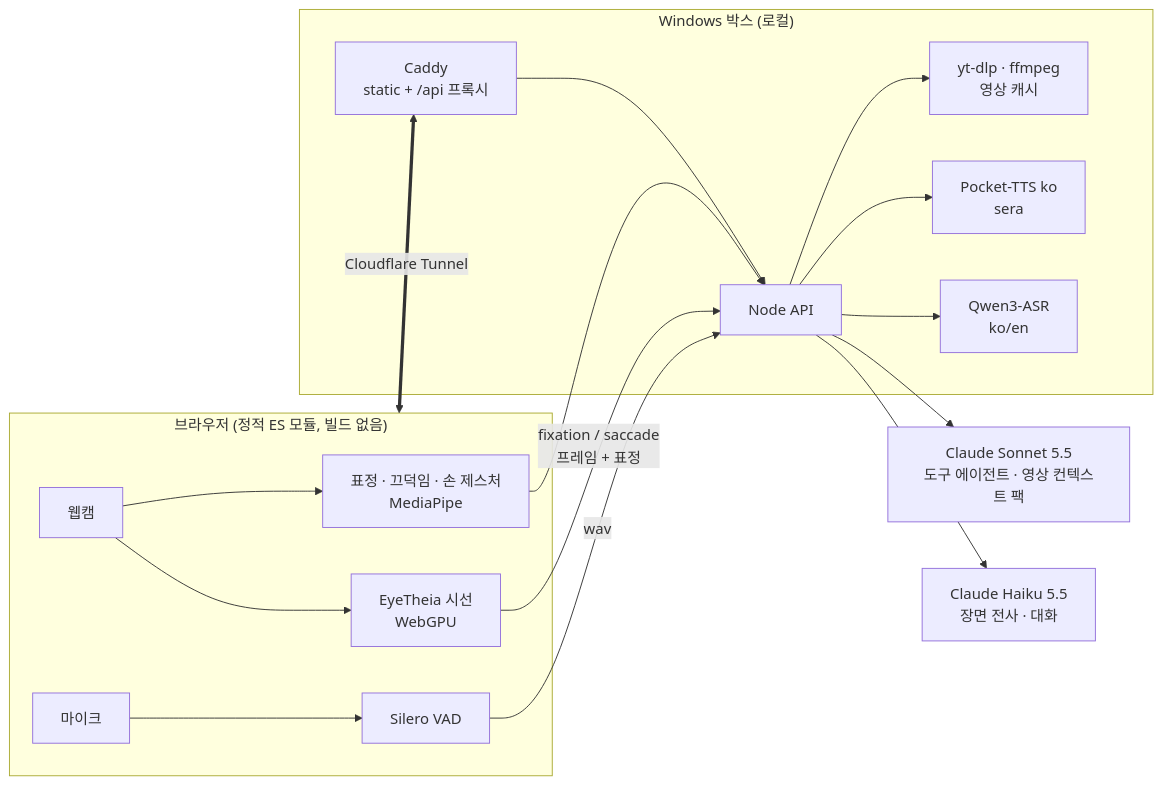
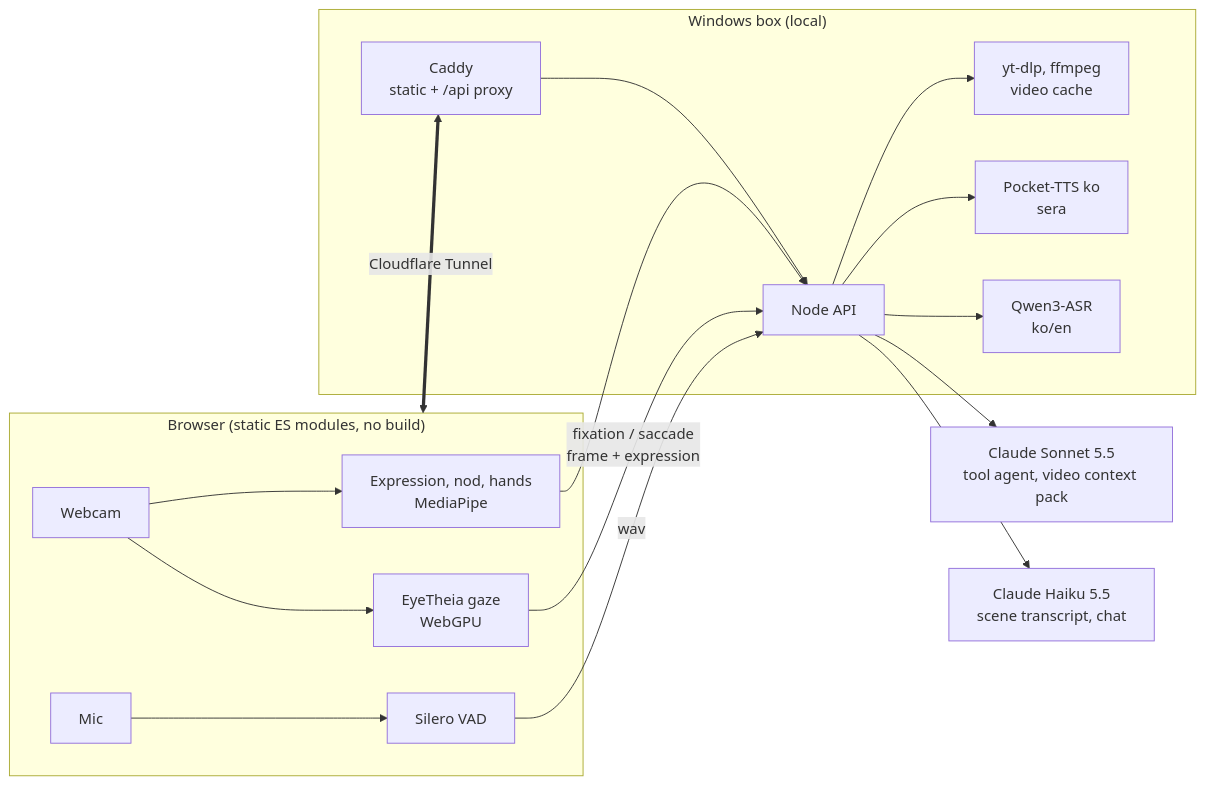
Before and after one commit to CHOAM-CO/CHOAM-AMBITION: the diagram in README.md, drawn with Mermaid. The commit also changed other lines of this file and 2 other files, not shown here.

Commit message:
README: split into English (README.md) and Korean (README.ko.md), natural plain-form Korean; web/README in English

````diff
--- a/README.md
+++ b/README.md
@@ -123,25 +127,25 @@
 ```mermaid
 flowchart LR
-  subgraph Browser["브라우저 (정적 ES 모듈, 빌드 없음)"]
-    CAM["웹캠"] --> GZ["EyeTheia 시선<br/>WebGPU"]
-    CAM --> FL["표정 · 끄덕임 · 손 제스처<br/>MediaPipe"]
-    MIC["마이크"] --> VAD["Silero VAD"]
+  subgraph Browser["Browser (static ES modules, no build)"]
+    CAM["Webcam"] --> GZ["EyeTheia gaze<br/>WebGPU"]
+    CAM --> FL["Expression, nod, hands<br/>MediaPipe"]
+    MIC["Mic"] --> VAD["Silero VAD"]
   end
-  GZ -- "fixation / saccade<br/>프레임 + 표정" --> API
+  GZ -- "fixation / saccade<br/>frame + expression" --> API
   FL --> API
   VAD -- "wav" --> API
-  Browser <== "Cloudflare Tunnel" ==> CADDY["Caddy<br/>static + /api 프록시"]
+  Browser <== "Cloudflare Tunnel" ==> CADDY["Caddy<br/>static + /api proxy"]
   CADDY --> API["Node API"]
-  API --> CLAUDE["Claude Haiku 5.5<br/>장면 전사 · 대화"]
-  API --> SONNET["Claude Sonnet 5.5<br/>도구 에이전트 · 영상 컨텍스트 팩"]
+  API --> CLAUDE["Claude Haiku 5.5<br/>scene transcript, chat"]
+  API --> SONNET["Claude Sonnet 5.5<br/>tool agent, video context pack"]
   API --> ASR["Qwen3-ASR<br/>ko/en"]
   API --> TTS["Pocket-TTS ko<br/>sera"]
-  API --> YT["yt-dlp · ffmpeg<br/>영상 캐시"]
-  subgraph Box["Windows 박스 (로컬)"]
+  API --> YT["yt-dlp, ffmpeg<br/>video cache"]
+  subgraph Box["Windows box (local)"]
     CADDY
     API
     ASR
     TTS
     YT
   end
 ```
````
